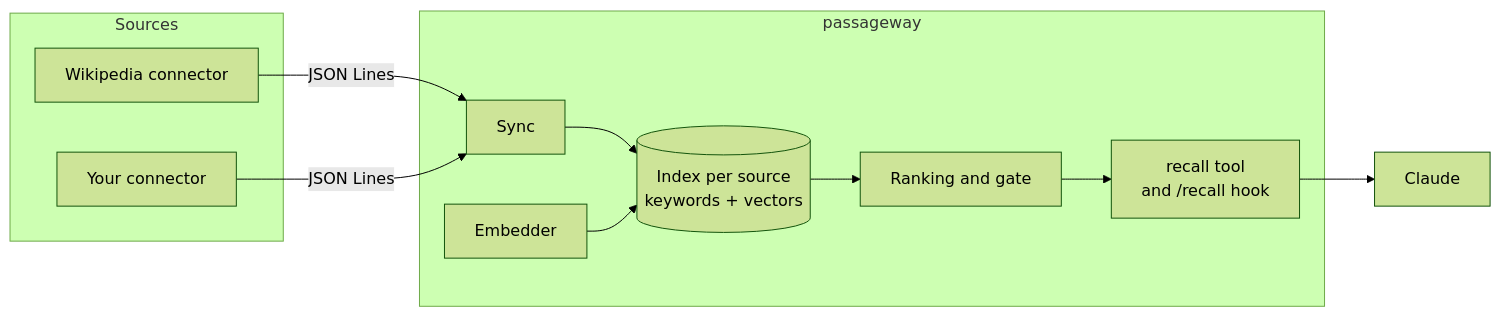
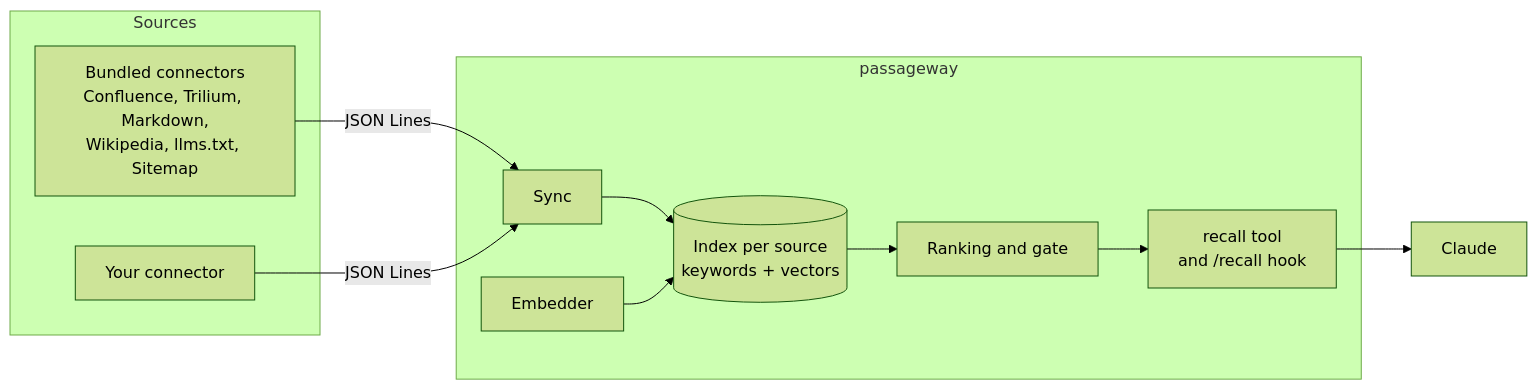
Before and after one commit to Marceltov/passageway: the first of 3 diagrams in docs/how-it-works.md, drawn with Mermaid (forest theme). The commit also changed 2 other files, not shown here.

Commit message:
PASSAGEWAY #98: llms.txt and Sitemap in the hero animation, the how-it-works diagram and the README list
Claude-Session: https://claude.ai/code/session_01Mmwmvqu7Xo966pndfi59zS

````diff
--- a/docs/how-it-works.md
+++ b/docs/how-it-works.md
@@ -7,16 +7,16 @@
 ```mermaid
 flowchart LR
   subgraph Sources
-    A[Wikipedia connector]
+    A["Bundled connectors<br/>Confluence, Trilium, Markdown,<br/>Wikipedia, llms.txt, Sitemap"]
     B[Your connector]
   end
   A -- JSON Lines --> S
   B -- JSON Lines --> S
   subgraph passageway
     S[Sync] --> I[("Index per source<br/>keywords + vectors")]
     E[Embedder] --> I
     I --> R[Ranking and gate]
     R --> M["recall tool<br/>and /recall hook"]
   end
   M --> C[Claude]
 ```
````
